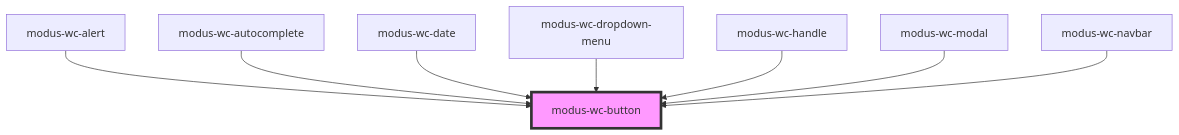
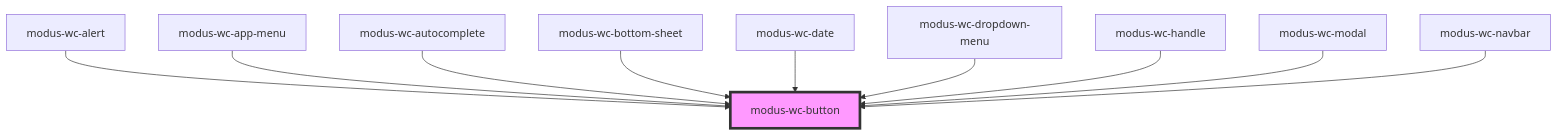
The diagram in src/components/modus-wc-button/readme.md (trimble-oss/modus-wc-2.0), drawn with Mermaid before and after one commit. The commit also changed other lines of this file and 16 other files, not shown here.

````diff
--- a/src/components/modus-wc-button/readme.md
+++ b/src/components/modus-wc-button/readme.md
@@ -47,11 +49,13 @@
 ```mermaid
 graph TD;
   modus-wc-alert --> modus-wc-button
+  modus-wc-app-menu --> modus-wc-button
   modus-wc-autocomplete --> modus-wc-button
+  modus-wc-bottom-sheet --> modus-wc-button
   modus-wc-date --> modus-wc-button
   modus-wc-dropdown-menu --> modus-wc-button
   modus-wc-handle --> modus-wc-button
   modus-wc-modal --> modus-wc-button
   modus-wc-navbar --> modus-wc-button
   style modus-wc-button fill:#f9f,stroke:#333,stroke-width:4px
 ```
````
